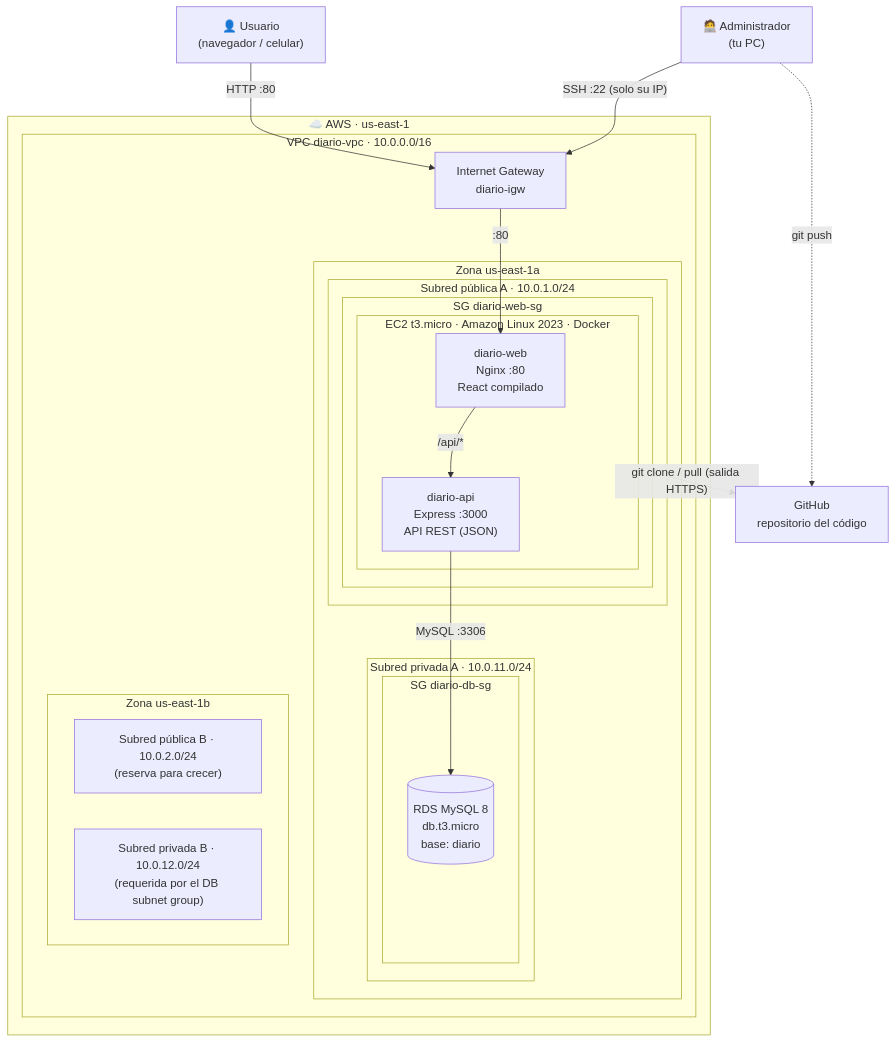
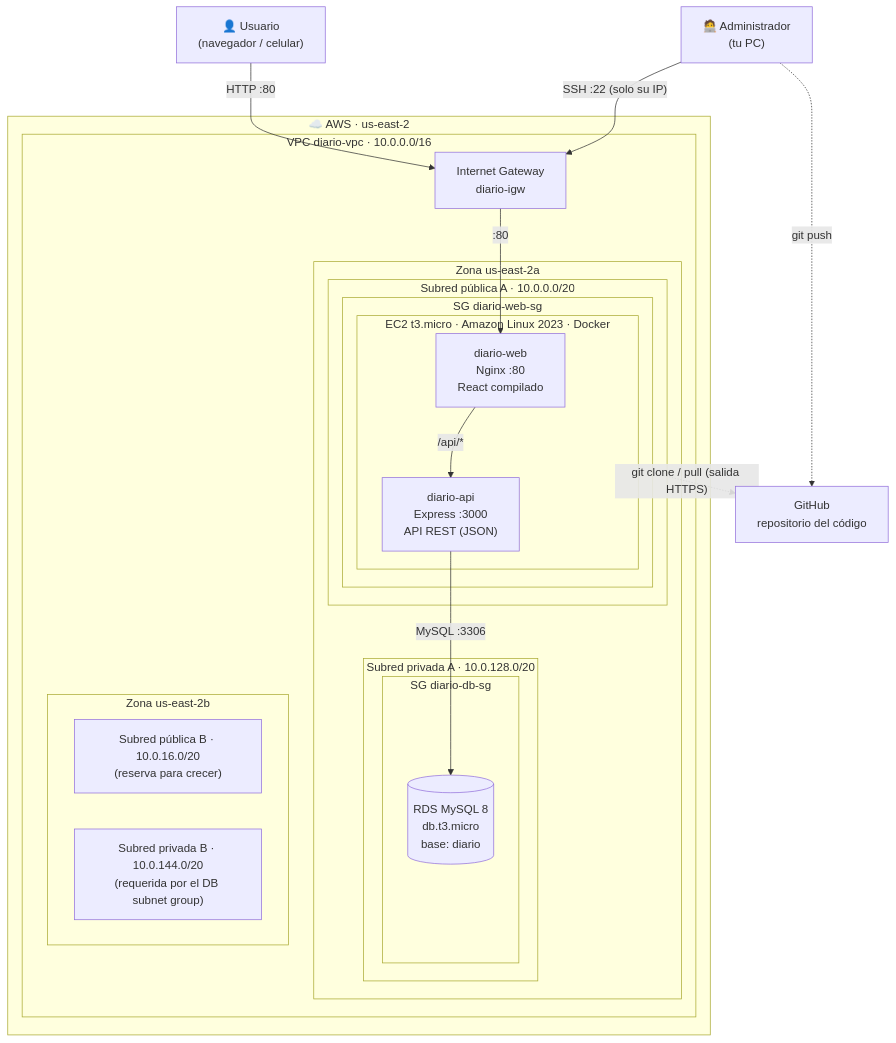
One commit to crissdav/despliegue-cloud changed the first of 2 diagrams in docs/ARQUITECTURA.md. Above: the diagram before and after it, drawn with Mermaid. The commit also changed other lines of this file and 6 other files, not shown here.

Commit message:
docs: usar región us-east-2 y CIDR por defecto del asistente de VPC

````diff
--- a/docs/ARQUITECTURA.md
+++ b/docs/ARQUITECTURA.md
@@ -16,41 +16,41 @@
 ```mermaid
 flowchart TB
     U["👤 Usuario<br/>(navegador / celular)"]
     A["🧑‍💻 Administrador<br/>(tu PC)"]
     GH["GitHub<br/>repositorio del código"]
 
-    subgraph AWS["☁️ AWS · us-east-1"]
+    subgraph AWS["☁️ AWS · us-east-2"]
       subgraph VPC["VPC diario-vpc · 10.0.0.0/16"]
         IGW["Internet Gateway<br/>diario-igw"]
 
-        subgraph AZA["Zona us-east-1a"]
-          subgraph PUBA["Subred pública A · 10.0.1.0/24"]
+        subgraph AZA["Zona us-east-2a"]
+          subgraph PUBA["Subred pública A · 10.0.0.0/20"]
             subgraph SGW["SG diario-web-sg"]
               subgraph EC2["EC2 t3.micro · Amazon Linux 2023 · Docker"]
                 WEB["diario-web<br/>Nginx :80<br/>React compilado"]
                 API["diario-api<br/>Express :3000<br/>API REST (JSON)"]
                 WEB -- "/api/*" --> API
               end
             end
           end
-          subgraph PRIVA["Subred privada A · 10.0.11.0/24"]
+          subgraph PRIVA["Subred privada A · 10.0.128.0/20"]
             subgraph SGD["SG diario-db-sg"]
               RDS[("RDS MySQL 8<br/>db.t3.micro<br/>base: diario")]
             end
           end
         end
 
-        subgraph AZB["Zona us-east-1b"]
-          PUBB["Subred pública B · 10.0.2.0/24<br/>(reserva para crecer)"]
-          PRIVB["Subred privada B · 10.0.12.0/24<br/>(requerida por el DB subnet group)"]
+        subgraph AZB["Zona us-east-2b"]
+          PUBB["Subred pública B · 10.0.16.0/20<br/>(reserva para crecer)"]
+          PRIVB["Subred privada B · 10.0.144.0/20<br/>(requerida por el DB subnet group)"]
         end
       end
     end
 
     U -- "HTTP :80" --> IGW
     A -- "SSH :22 (solo su IP)" --> IGW
     IGW -- ":80" --> WEB
     API -- "MySQL :3306" --> RDS
     EC2 -. "git clone / pull (salida HTTPS)" .-> GH
     A -. "git push" .-> GH
 ```
````
